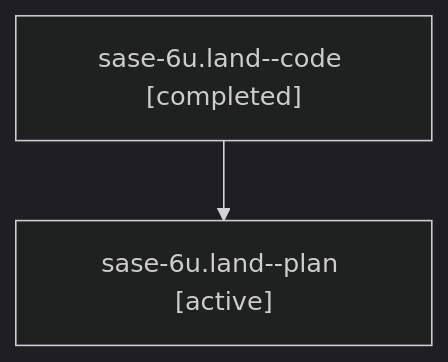
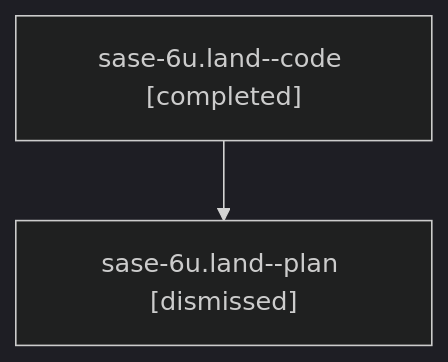
The diagram in sessions/bbugyi200.athena.sase-6u.land.md (sase-org/sase--agents), drawn with Mermaid (dark theme) before and after one commit. The commit also changed other lines of this file and 45 other files, not shown here.

````diff
--- a/sessions/bbugyi200.athena.sase-6u.land.md
+++ b/sessions/bbugyi200.athena.sase-6u.land.md
@@ -9,6 +9,6 @@
 ```mermaid
 flowchart TD
   n0["sase-6u.land--code [completed]"]
-  n1["sase-6u.land--plan [active]"]
+  n1["sase-6u.land--plan [dismissed]"]
   n0 --> n1
 ```
````
